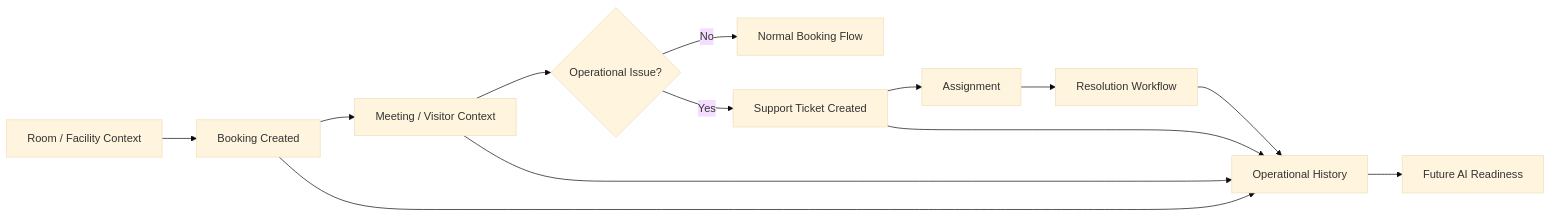
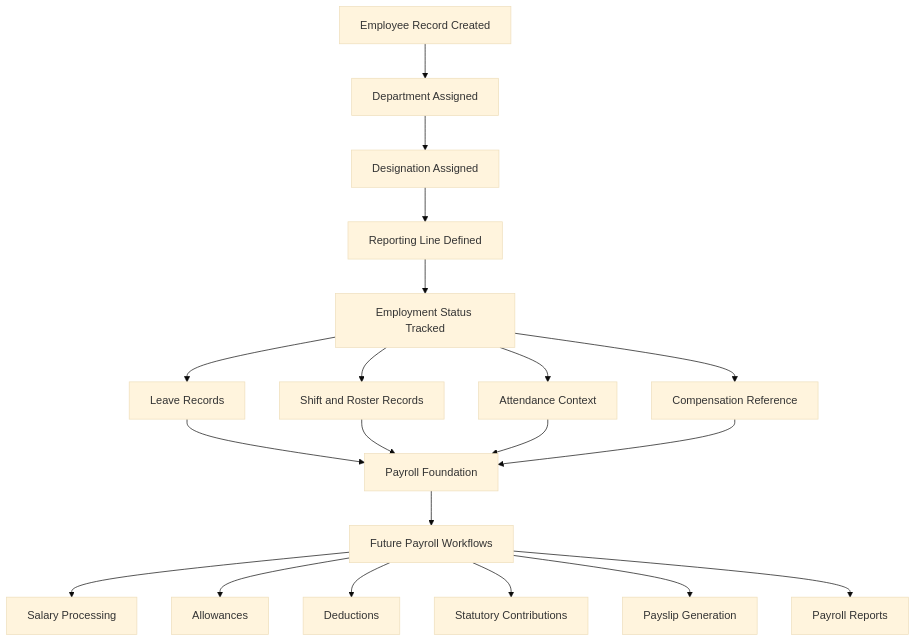
The third of 4 diagrams in README.md (carlke2/Smart-Facility-Managemen), drawn with Mermaid (base theme) before and after one commit. The commit also changed other lines of this file, not shown here.

````diff
--- a/README.md
+++ b/README.md
@@ -254,18 +223,25 @@
 ```mermaid
-flowchart LR
-    A[Room / Facility Context] --> B[Booking Created]
-    B --> C[Meeting / Visitor Context]
-    C --> D{Operational Issue?}
-    D -- No --> E[Normal Booking Flow]
-    D -- Yes --> F[Support Ticket Created]
+flowchart TD
+    A[Employee Record Created] --> B[Department Assigned]
+    B --> C[Designation Assigned]
+    C --> D[Reporting Line Defined]
+    D --> E[Employment Status Tracked]
 
-    F --> G[Assignment]
-    G --> H[Resolution Workflow]
-    H --> I[Operational History]
+    E --> F[Leave Records]
+    E --> G[Shift and Roster Records]
+    E --> H[Attendance Context]
+    E --> I[Compensation Reference]
 
-    B --> I
-    F --> I
-    C --> I
+    F --> J[Payroll Foundation]
+    G --> J
+    H --> J
+    I --> J
 
-    I --> J[Future AI Readiness]
+    J --> K[Future Payroll Workflows]
+    K --> K1[Salary Processing]
+    K --> K2[Allowances]
+    K --> K3[Deductions]
+    K --> K4[Statutory Contributions]
+    K --> K5[Payslip Generation]
+    K --> K6[Payroll Reports]
 ```
````
